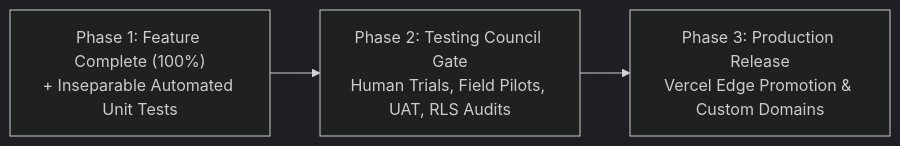
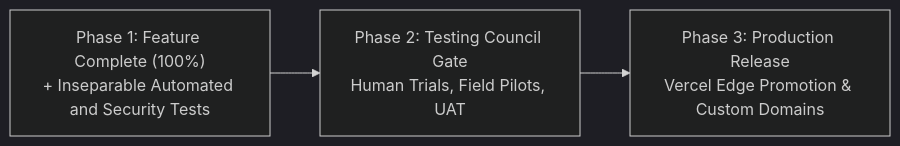
Before and after one commit to ricardojjulia/ChurchCore-Business: the diagram in docs/council/COUNCIL-2026-006.md, drawn with Mermaid (dark theme). The commit also changed other lines of this file and 4 other files, not shown here.

````diff
--- a/docs/council/COUNCIL-2026-006.md
+++ b/docs/council/COUNCIL-2026-006.md
@@ -20,5 +20,5 @@
 ```mermaid
 graph LR
-    P1["Phase 1: Feature Complete (100%)<br>+ Inseparable Automated Unit Tests"] --> P2["Phase 2: Testing Council Gate<br>Human Trials, Field Pilots, UAT, RLS Audits"]
+    P1["Phase 1: Feature Complete (100%)<br>+ Inseparable Automated and Security Tests"] --> P2["Phase 2: Testing Council Gate<br>Human Trials, Field Pilots, UAT"]
     P2 --> P3["Phase 3: Production Release<br>Vercel Edge Promotion & Custom Domains"]
 ```
````
